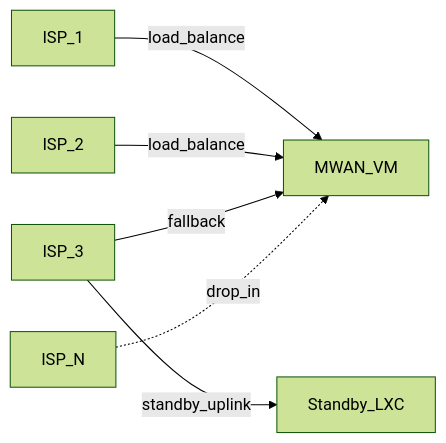
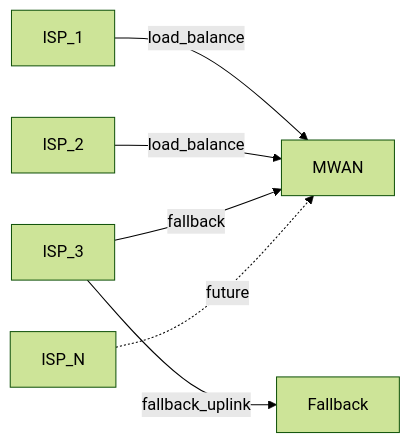
Before and after one commit to agoodkind/configs: the second of 4 diagrams in docs/mwan.md, drawn with Mermaid (forest theme). The commit also changed other lines of this file, not shown here.

Commit message:
Recast MWAN exec layers as upstream, chokepoint, and downstream in docs/mwan.md

````diff
--- a/docs/mwan.md
+++ b/docs/mwan.md
@@ -108,14 +118,14 @@
 ```mermaid
 flowchart LR
   isp1[ISP_1]
   isp2[ISP_2]
   isp3[ISP_3]
   ispN[ISP_N]
-  mwanVm[MWAN_VM]
-  standby[Standby_LXC]
-  isp1 -->|load_balance| mwanVm
-  isp2 -->|load_balance| mwanVm
-  isp3 -->|fallback| mwanVm
-  isp3 -->|standby_uplink| standby
-  ispN -.->|drop_in| mwanVm
+  mwan[MWAN]
+  fallback[Fallback]
+  isp1 -->|load_balance| mwan
+  isp2 -->|load_balance| mwan
+  isp3 -->|fallback| mwan
+  isp3 -->|fallback_uplink| fallback
+  ispN -.->|future| mwan
 ```
````
